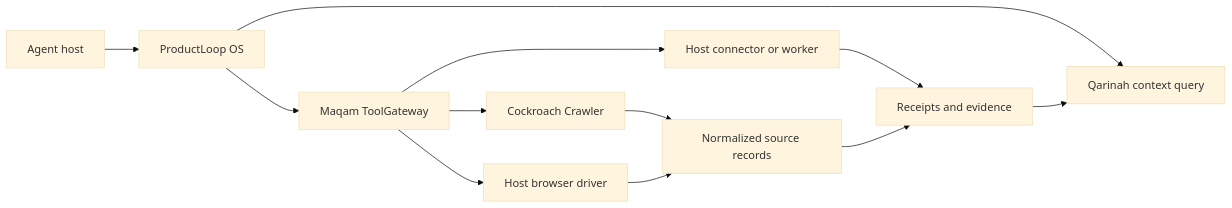
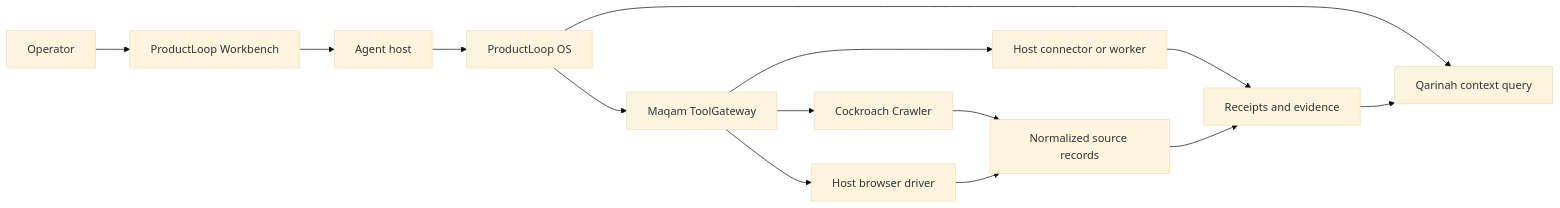
The diagram in docs/agent-stack.md (AjnasNB/productloop-os), drawn with Mermaid (base theme) before and after one commit. The commit also changed other lines of this file and 33 other files, not shown here.

First line of the commit message:
Add ProductLoop Workbench (#33)

````diff
--- a/docs/agent-stack.md
+++ b/docs/agent-stack.md
@@ -12,14 +13,16 @@
 ```mermaid
 flowchart LR
-  Host["Agent host"] --> Loop["ProductLoop OS"]
+  Operator["Operator"] --> Workbench["ProductLoop Workbench"]
+  Workbench --> Host["Agent host"]
+  Host --> Loop["ProductLoop OS"]
   Loop --> Context["Qarinah context query"]
   Loop --> Gateway["Maqam ToolGateway"]
   Gateway --> Crawler["Cockroach Crawler"]
   Gateway --> Browser["Host browser driver"]
   Gateway --> Connector["Host connector or worker"]
   Crawler --> Records["Normalized source records"]
   Browser --> Records
   Connector --> Evidence["Receipts and evidence"]
   Records --> Evidence
   Evidence --> Context
 ```
````
